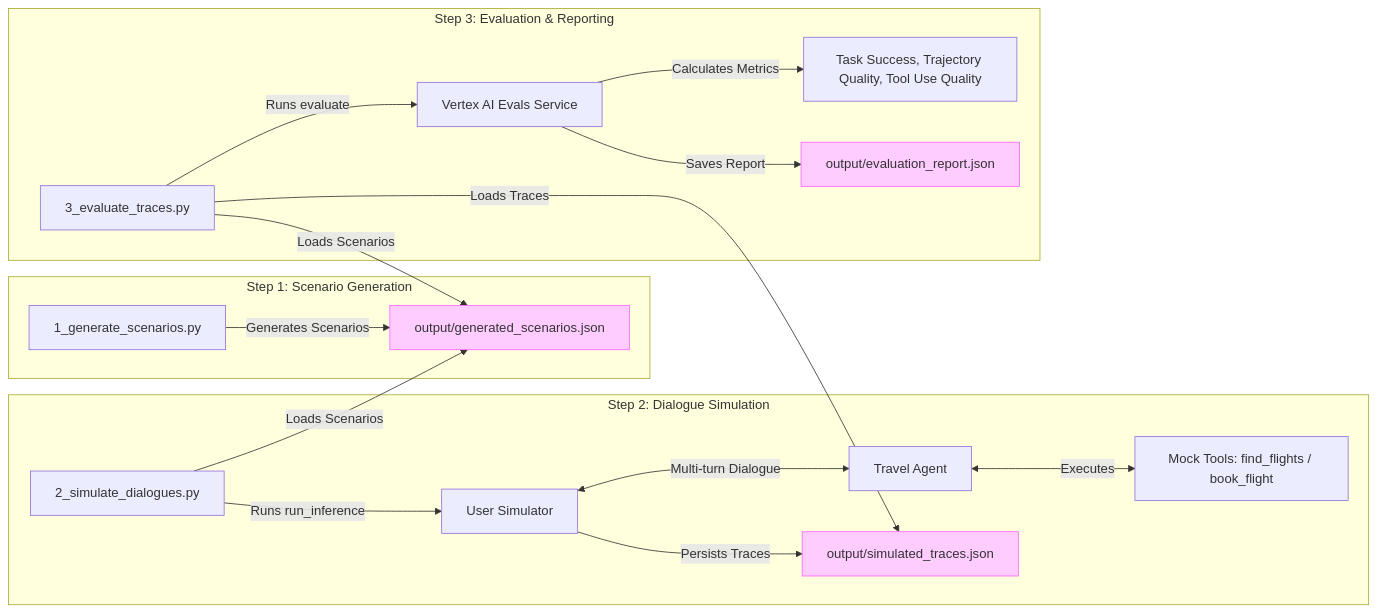
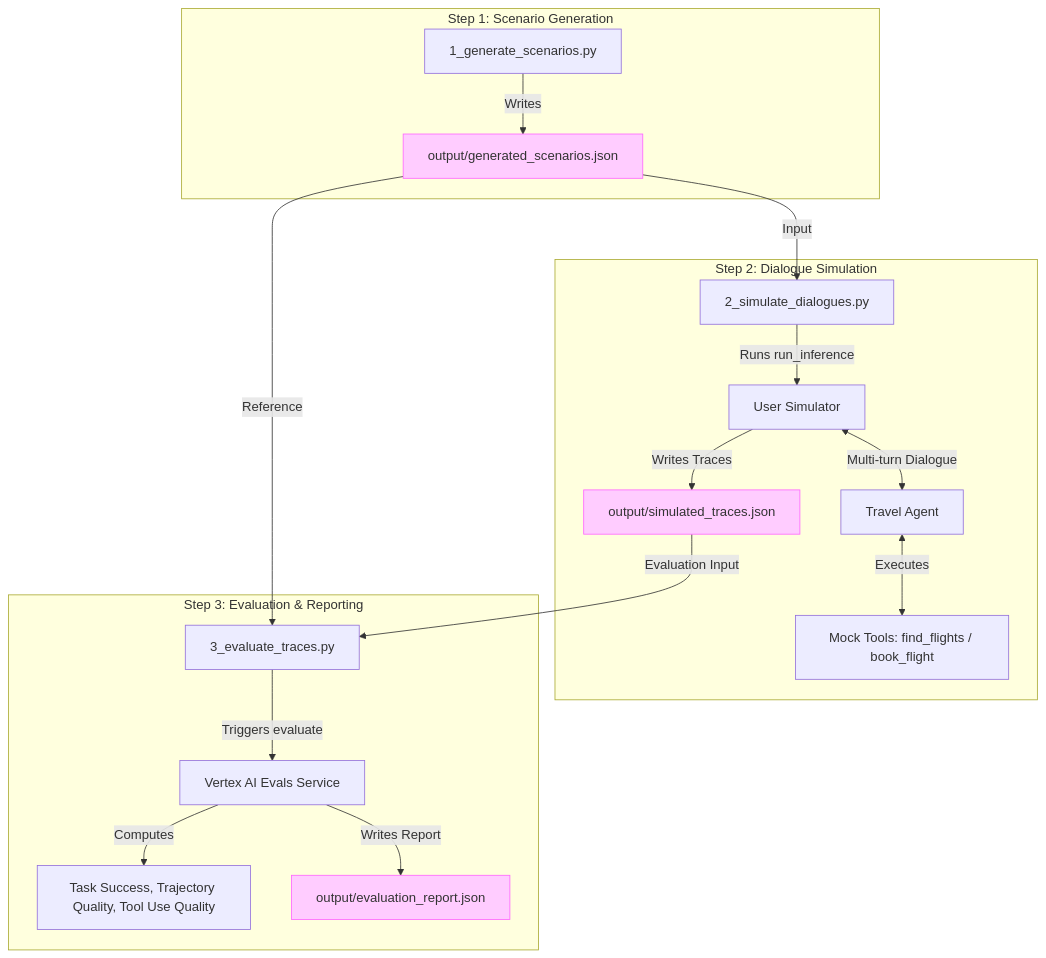
The diagram in README.md (hning86/adk_agent_evaluation), drawn with Mermaid before and after one commit. The commit also changed other lines of this file, not shown here.

Commit message:
Fix data flow arrow directions in README architecture diagram

````diff
--- a/README.md
+++ b/README.md
@@ -19,25 +19,25 @@
 ```mermaid
-graph LR
+graph TD
     subgraph Step 1: Scenario Generation
-        S1[1_generate_scenarios.py] -->|Generates Scenarios| Scen[output/generated_scenarios.json]
+        S1[1_generate_scenarios.py] -->|Writes| Scen[output/generated_scenarios.json]
     end
 
     subgraph Step 2: Dialogue Simulation
-        S2[2_simulate_dialogues.py] -->|Loads Scenarios| Scen
+        Scen -->|Input| S2[2_simulate_dialogues.py]
         S2 -->|Runs run_inference| Sim[User Simulator]
         Sim <-->|Multi-turn Dialogue| TA[Travel Agent]
         TA <-->|Executes| Tools[Mock Tools: find_flights / book_flight]
-        Sim -->|Persists Traces| Traces[output/simulated_traces.json]
+        Sim -->|Writes Traces| Traces[output/simulated_traces.json]
     end
 
     subgraph Step 3: Evaluation & Reporting
-        S3[3_evaluate_traces.py] -->|Loads Scenarios| Scen
-        S3 -->|Loads Traces| Traces
-        S3 -->|Runs evaluate| Evals[Vertex AI Evals Service]
-        Evals -->|Calculates Metrics| Metrics[Task Success, Trajectory Quality, Tool Use Quality]
-        Evals -->|Saves Report| Report[output/evaluation_report.json]
+        Scen -->|Reference| S3[3_evaluate_traces.py]
+        Traces -->|Evaluation Input| S3
+        S3 -->|Triggers evaluate| Evals[Vertex AI Evals Service]
+        Evals -->|Computes| Metrics[Task Success, Trajectory Quality, Tool Use Quality]
+        Evals -->|Writes Report| Report[output/evaluation_report.json]
     end
 
     classDef files fill:#fcf,stroke:#f6f,stroke-width:1px;
     class Scen,Traces,Report files;
 ```
````
